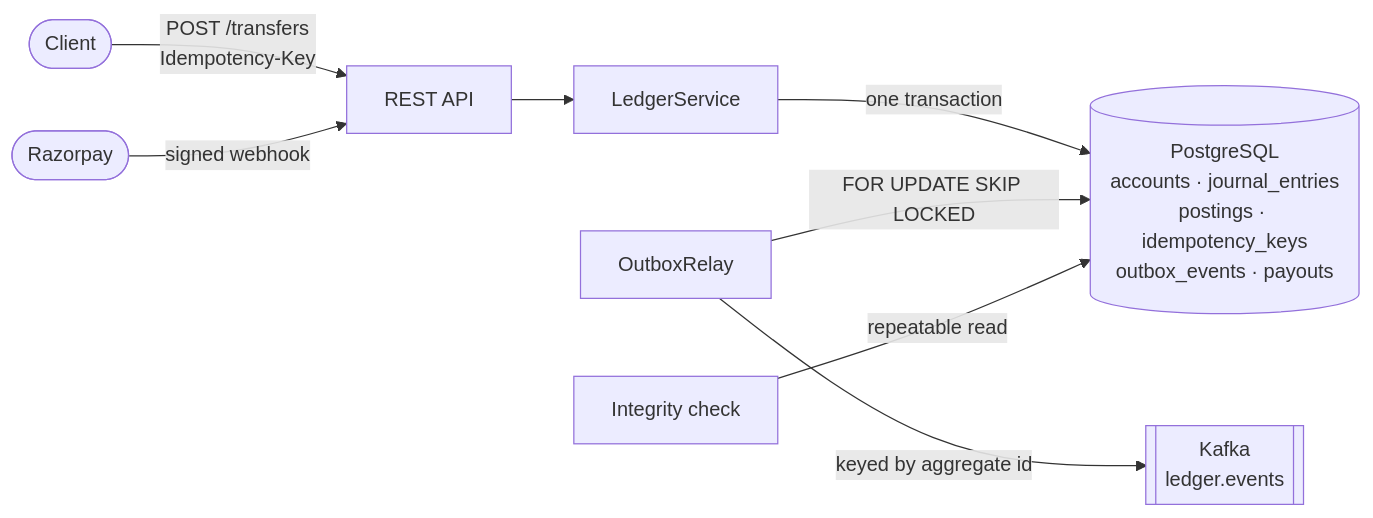
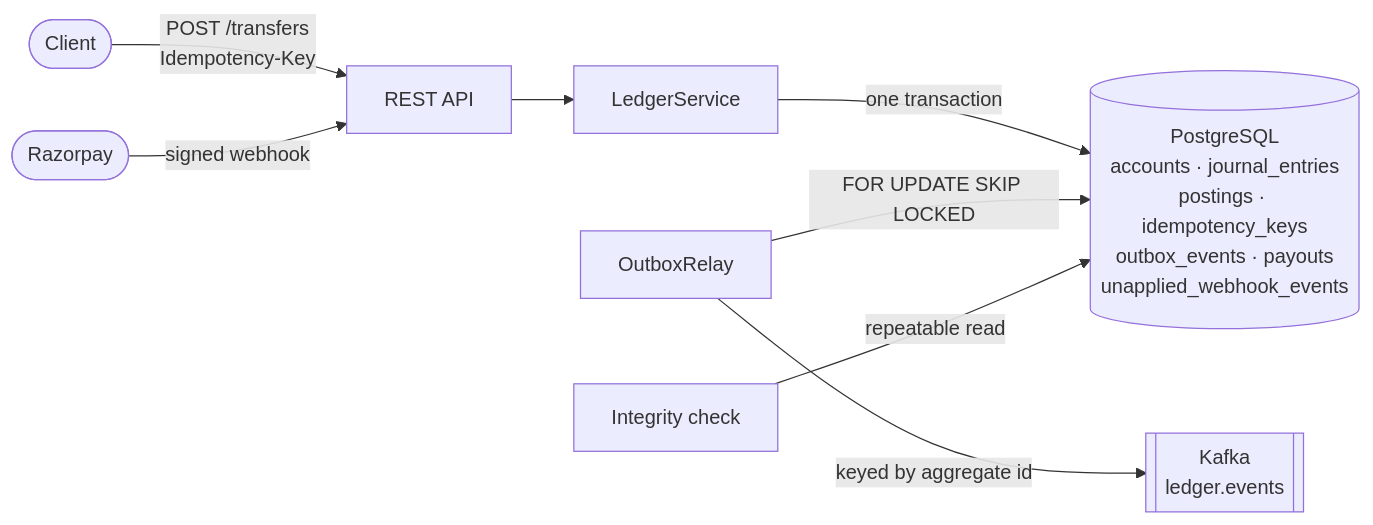
One commit to ommgh/ledgerline changed the diagram in README.md. Above: the diagram before and after it, drawn with Mermaid. The commit also changed other lines of this file, not shown here.

````diff
--- a/README.md
+++ b/README.md
@@ -9,10 +9,10 @@
 ```mermaid
 flowchart LR
     client([Client]) -- "POST /transfers<br/>Idempotency-Key" --> api[REST API]
     razorpay([Razorpay]) -- "signed webhook" --> api
     api --> ledger[LedgerService]
-    ledger -- "one transaction" --> pg[(PostgreSQL<br/>accounts · journal_entries<br/>postings · idempotency_keys<br/>outbox_events · payouts)]
+    ledger -- "one transaction" --> pg[(PostgreSQL<br/>accounts · journal_entries<br/>postings · idempotency_keys<br/>outbox_events · payouts<br/>unapplied_webhook_events)]
     relay[OutboxRelay] -- "FOR UPDATE SKIP LOCKED" --> pg
     relay -- "keyed by aggregate id" --> kafka[[Kafka<br/>ledger.events]]
     check[Integrity check] -- "repeatable read" --> pg
 ```
````
